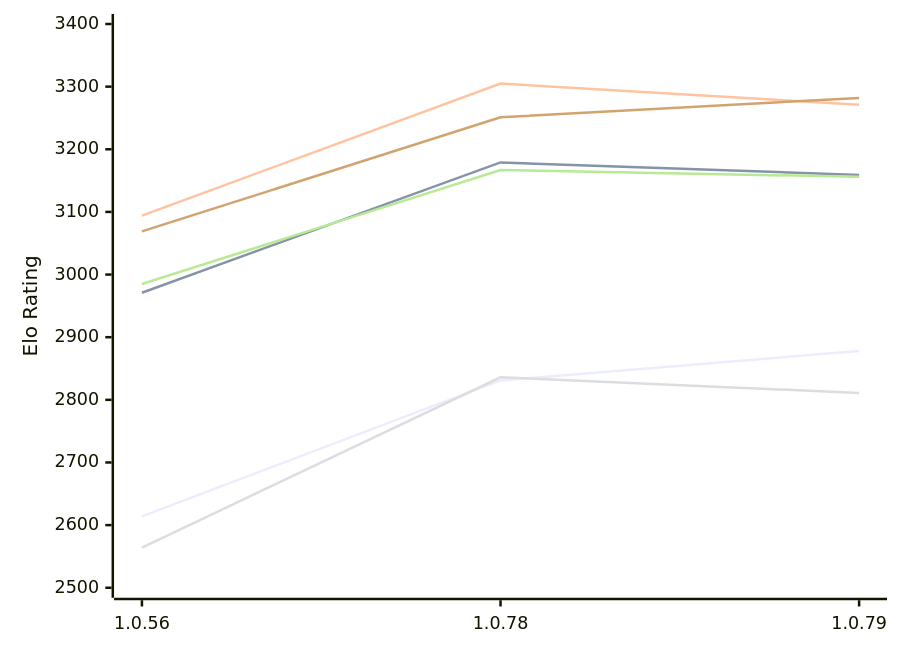
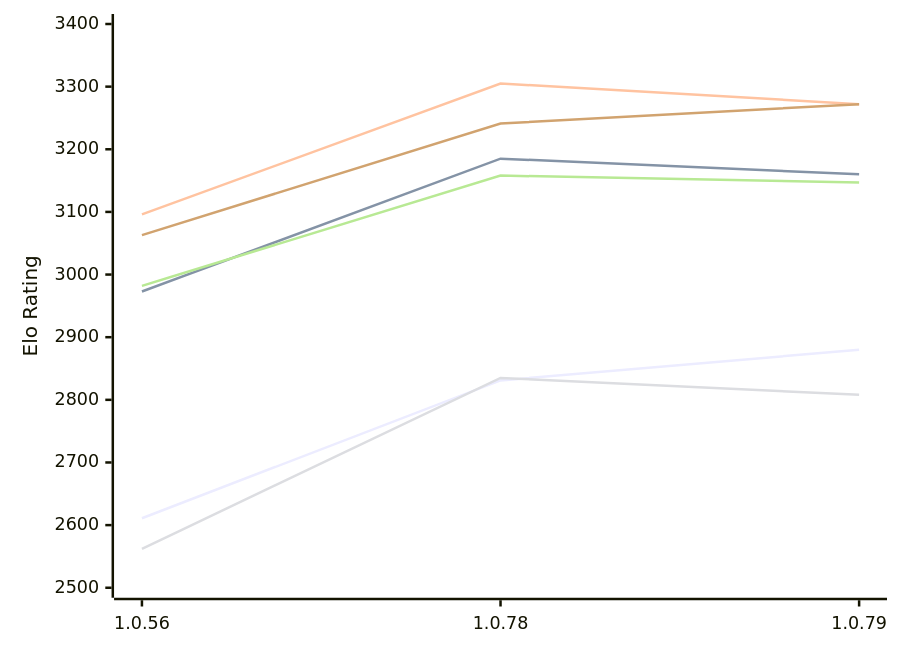
Before and after one commit to computer-chess-index/cci: the first of 2 diagrams in engines/RustyRival.md, drawn with Mermaid. The commit also changed other lines of this file, not shown here.

Commit message:
Update CCI Ratings (ELO VLTC) - 2026-11-15

````diff
--- a/engines/RustyRival.md
+++ b/engines/RustyRival.md
@@ -65,12 +65,12 @@
 ```mermaid
 %%{init: {"theme":"base","themeVariables":{"seriesColors:['#a3a3a3','#222221','#faa371']}}}%%
 xychart-beta
   x-axis ["1.0.56", "1.0.78", "1.0.79"]
   y-axis "Elo Rating" 2500 --> 3400
-  line "E1: STC (8.0+0.08s)" [2614, 2831, 2878]
-  line "E1: LTC (60.0+0.60s)" [2971, 3179, 3159]
-  line "E1: VLTC (2m24s+1.12s)" [3094, 3305, 3271]
-  line "P1: STC (8.0+0.08s)" [2564, 2836, 2811]
-  line "P1: LTC (60.0+0.60s)" [2985, 3167, 3156]
-  line "P1: VLTC (2m24s+1.12s)" [3069, 3251, 3282]
+  line "E1: STC (8.0+0.08s)" [2611, 2831, 2880]
+  line "E1: LTC (60.0+0.60s)" [2973, 3185, 3160]
+  line "E1: VLTC (2m24s+1.12s)" [3096, 3305, 3272]
+  line "P1: STC (8.0+0.08s)" [2562, 2835, 2808]
+  line "P1: LTC (60.0+0.60s)" [2982, 3158, 3147]
+  line "P1: VLTC (2m24s+1.12s)" [3063, 3241, 3272]
 ```
````
